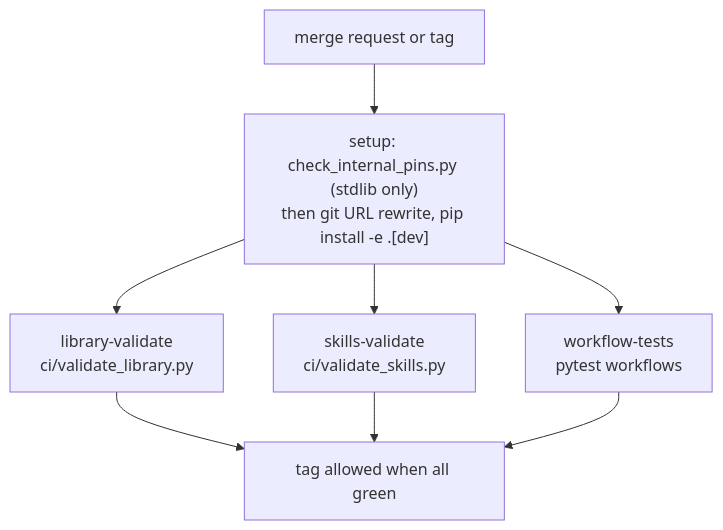
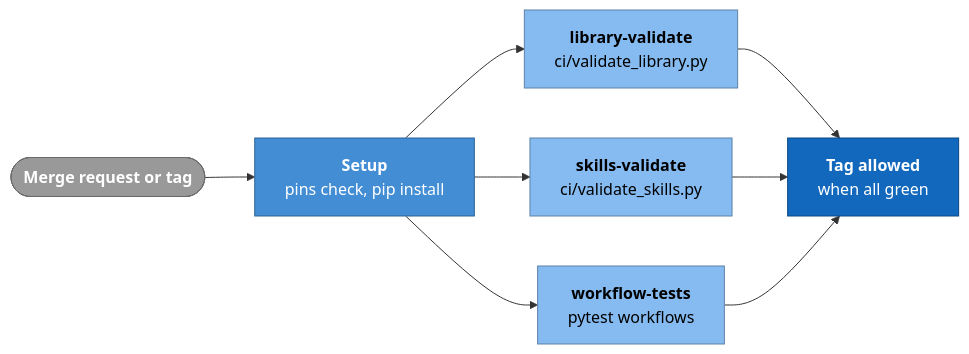
One commit to ram-020998/project-tracker changed the third of 4 diagrams in genesis/architecture/modules/workflow-library.md. Above: the diagram before and after it, drawn with Mermaid. The commit also changed other lines of this file and 24 other files, not shown here.

First line of the commit message:
architecture: rewrite all 86 Mermaid diagrams to one C4 style, each render-checked

````diff
--- a/genesis/architecture/modules/workflow-library.md
+++ b/genesis/architecture/modules/workflow-library.md
@@ -326,10 +339,19 @@
 ```mermaid
-flowchart TB
-    start["merge request or tag"] --> setup["setup: check_internal_pins.py (stdlib only)<br/>then git URL rewrite, pip install -e .[dev]"]
-    setup --> lv["library-validate<br/>ci/validate_library.py"]
-    setup --> sv["skills-validate<br/>ci/validate_skills.py"]
-    setup --> wt["workflow-tests<br/>pytest workflows"]
-    lv --> done["tag allowed when all green"]
-    sv --> done
-    wt --> done
+flowchart LR
+    start(["<b>Merge request or tag</b>"]):::ext
+    setup["<b>Setup</b><br/>pins check, pip install"]:::comp
+    lv["<b>library-validate</b><br/>ci/validate_library.py"]:::proc
+    sv["<b>skills-validate</b><br/>ci/validate_skills.py"]:::proc
+    wt["<b>workflow-tests</b><br/>pytest workflows"]:::proc
+    done["<b>Tag allowed</b><br/>when all green"]:::core
+    start --> setup
+    setup --> lv & sv & wt
+    lv & sv & wt --> done
+    classDef person fill:#08427b,stroke:#052e56,color:#ffffff
+    classDef core fill:#1168bd,stroke:#0b4884,color:#ffffff
+    classDef comp fill:#438dd5,stroke:#2e6295,color:#ffffff
+    classDef proc fill:#85bbf0,stroke:#5d82a8,color:#000000
+    classDef ext fill:#999999,stroke:#6b6b6b,color:#ffffff
+    classDef data fill:#f5f5f5,stroke:#616161,color:#212121
+    classDef note fill:#fff8e1,stroke:#f9a825,color:#5d4037
 ```
````
